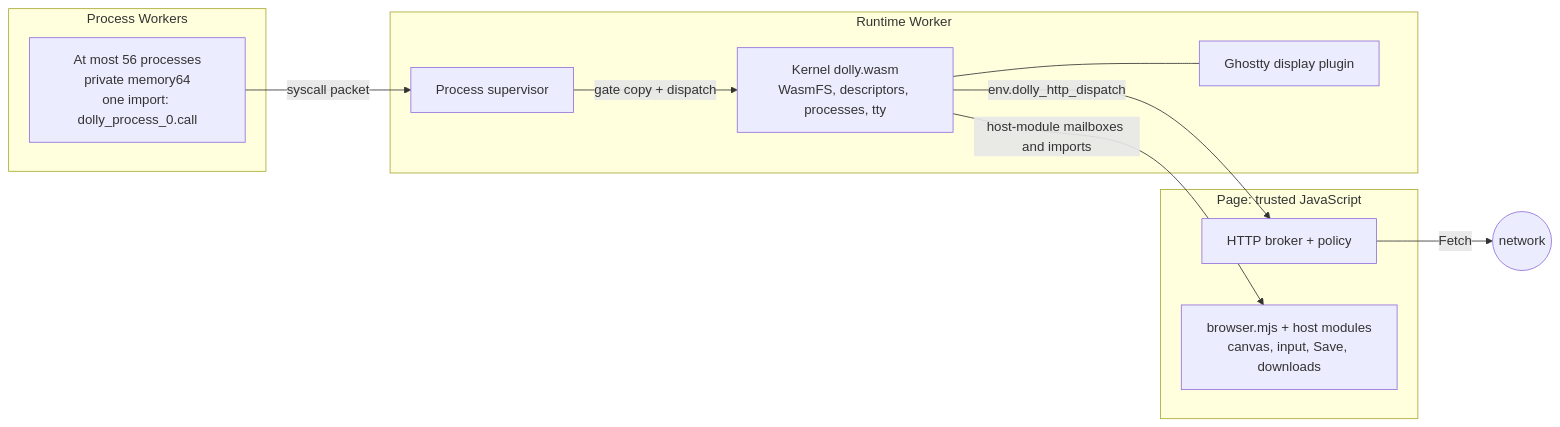
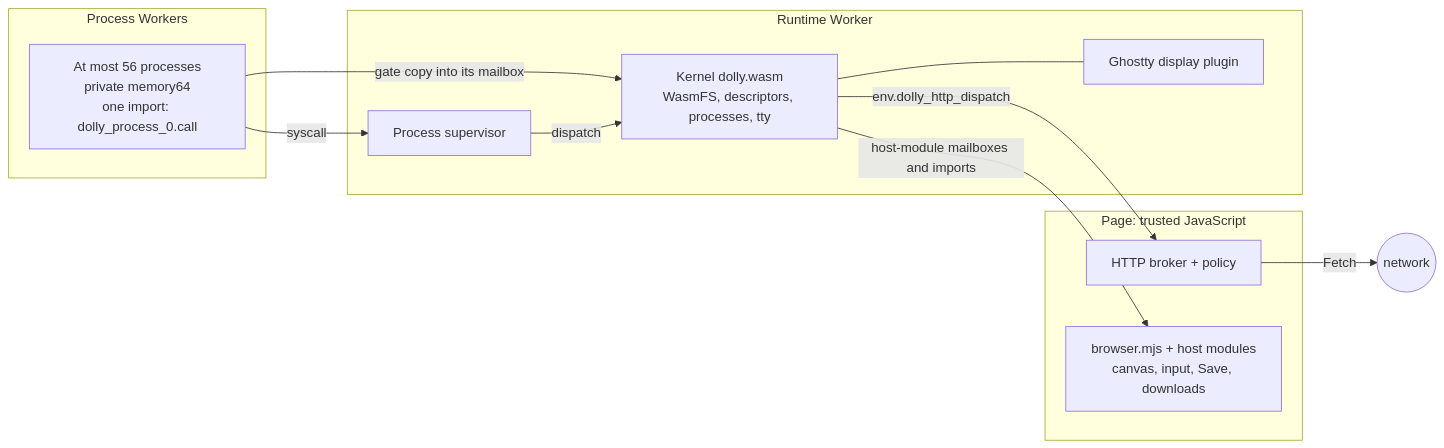
Before and after one commit to daugasauron/dolly: the first of 3 diagrams in docs/architecture.md, drawn with Mermaid. The commit also changed other lines of this file and 27 other files, not shown here.

````diff
--- a/docs/architecture.md
+++ b/docs/architecture.md
@@ -8,21 +8,22 @@
 ```mermaid
 flowchart LR
   subgraph page["Page: trusted JavaScript"]
     broker["HTTP broker + policy"]
     ui["browser.mjs + host modules<br/>canvas, input, Save, downloads"]
   end
   subgraph runtime["Runtime Worker"]
     kernel["Kernel dolly.wasm<br/>WasmFS, descriptors, processes, tty"]
     ghostty["Ghostty display plugin"]
     supervisor["Process supervisor"]
   end
   subgraph procs["Process Workers"]
     proc["At most 56 processes<br/>private memory64<br/>one import: dolly_process_0.call"]
   end
-  proc -- "syscall packet" --> supervisor
-  supervisor -- "gate copy + dispatch" --> kernel
+  proc -- "gate copy into its mailbox" --> kernel
+  proc -- "syscall" --> supervisor
+  supervisor -- "dispatch" --> kernel
   kernel --- ghostty
   kernel -- "host-module mailboxes and imports" --> ui
   kernel -- "env.dolly_http_dispatch" --> broker
   broker -- "Fetch" --> net(("network"))
 ```
````
